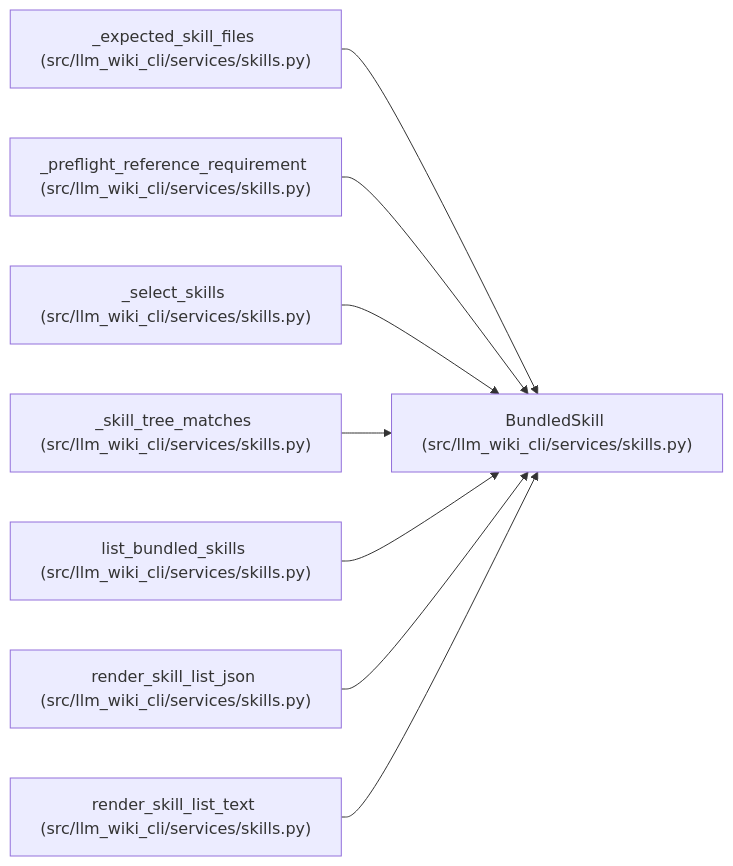
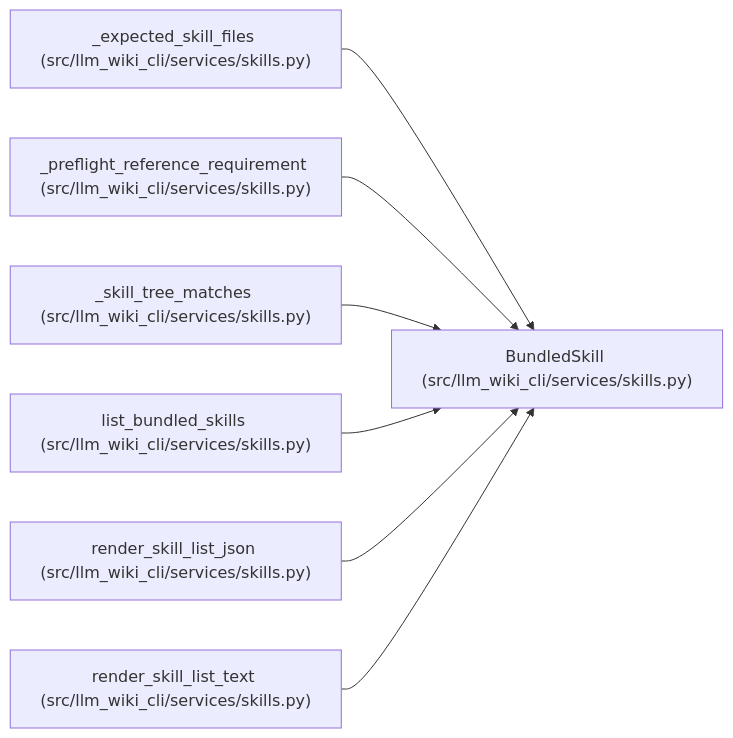
One commit to Denissvgn/python-wiki-llm changed the diagram in docs/llm_wiki/entities/BundledSkill.md. Above: the diagram before and after it, drawn with Mermaid. The commit also changed other lines of this file and 64 other files, not shown here.

Commit message:
feat: streamline bundled skill workflows

````diff
--- a/docs/llm_wiki/entities/BundledSkill.md
+++ b/docs/llm_wiki/entities/BundledSkill.md
@@ -33,26 +33,23 @@
 ```mermaid
 flowchart LR
     n0["BundledSkill (src/llm_wiki_cli/services/skills.py)"]
     n1["_expected_skill_files (src/llm_wiki_cli/services/skills.py)"]
     n2["_preflight_reference_requirement (src/llm_wiki_cli/services/skills.py)"]
-    n3["_select_skills (src/llm_wiki_cli/services/skills.py)"]
-    n4["_skill_tree_matches (src/llm_wiki_cli/services/skills.py)"]
-    n5["list_bundled_skills (src/llm_wiki_cli/services/skills.py)"]
-    n6["render_skill_list_json (src/llm_wiki_cli/services/skills.py)"]
-    n7["render_skill_list_text (src/llm_wiki_cli/services/skills.py)"]
+    n3["_skill_tree_matches (src/llm_wiki_cli/services/skills.py)"]
+    n4["list_bundled_skills (src/llm_wiki_cli/services/skills.py)"]
+    n5["render_skill_list_json (src/llm_wiki_cli/services/skills.py)"]
+    n6["render_skill_list_text (src/llm_wiki_cli/services/skills.py)"]
     n1 --> n0
     n2 --> n0
     n3 --> n0
     n4 --> n0
     n5 --> n0
     n6 --> n0
-    n7 --> n0
     click n0 "../modules/skills.md"
     click n1 "../modules/skills.md"
     click n2 "../modules/skills.md"
     click n3 "../modules/skills.md"
     click n4 "../modules/skills.md"
     click n5 "../modules/skills.md"
     click n6 "../modules/skills.md"
-    click n7 "../modules/skills.md"
 ```
````
